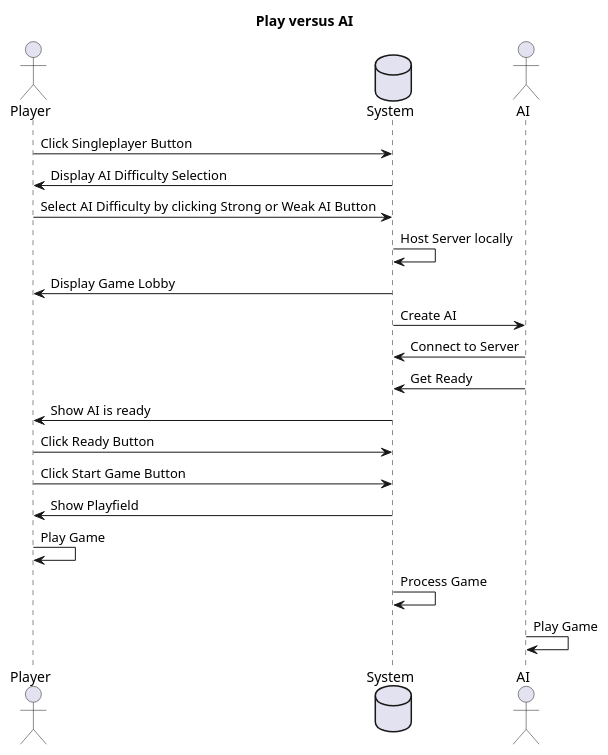
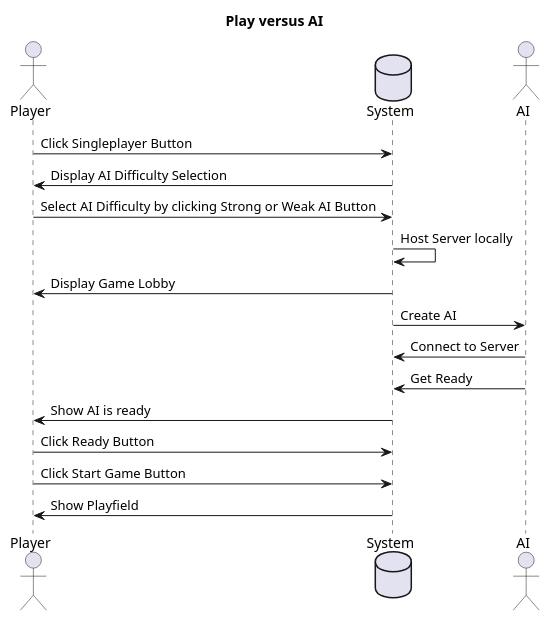
The diagram in docs/secuence_diagrams/play_vs_ai.puml (TINF21CS1/TicTacToeKojote), drawn with PlantUML before and after one commit. The commit also changed 5 other files, not shown here.

Commit message:
finished creation of sequence diagrams

```diff
--- a/docs/secuence_diagrams/play_vs_ai.puml
+++ b/docs/secuence_diagrams/play_vs_ai.puml
@@ -1,24 +1,21 @@
 @startuml
 title Play versus AI
 
 actor Player as p
 database System
 actor AI as a
 
 p->System: Click Singleplayer Button
 System->p: Display AI Difficulty Selection
 p->System: Select AI Difficulty by clicking Strong or Weak AI Button
 System->System: Host Server locally
 System->p: Display Game Lobby
 System->a: Create AI
 a->System: Connect to Server
 a->System: Get Ready
 System->p: Show AI is ready
 p->System: Click Ready Button
 p->System: Click Start Game Button
 System->p: Show Playfield
-p->p: Play Game
-System->System: Process Game
-a->a: Play Game
 
 @enduml
```
